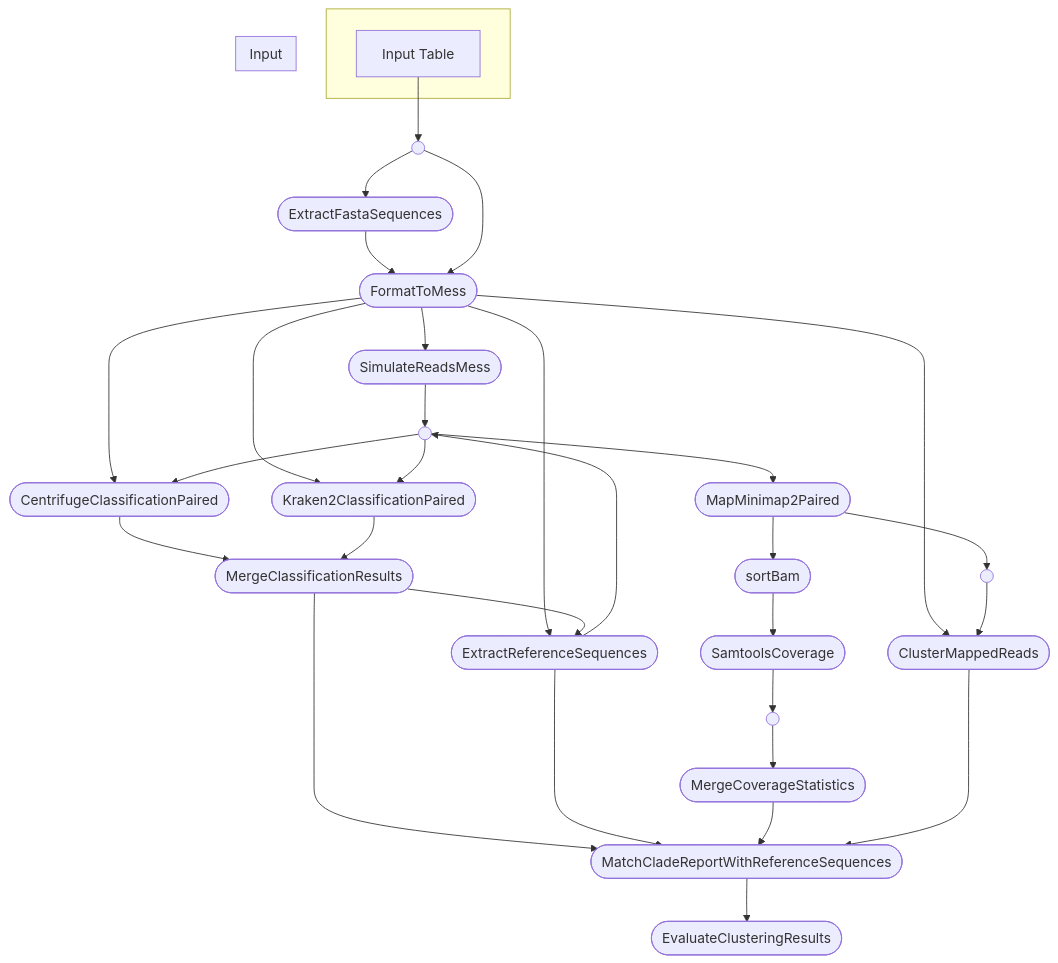
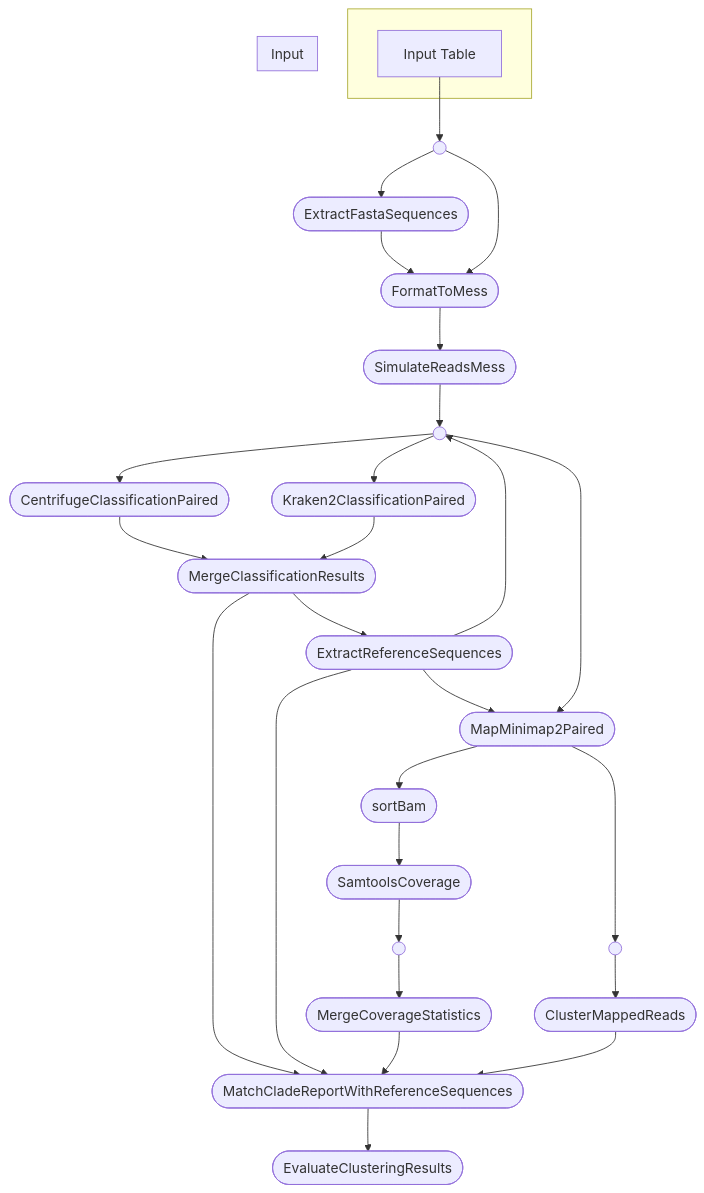
The diagram in README.md (SantosJGND/metagenomics_cluster_evaluation), drawn with Mermaid before and after one commit.

Commit message:
simplify dag

````diff
--- a/README.md
+++ b/README.md
@@ -51,55 +51,52 @@
 ```mermaid
 
 flowchart TB
     subgraph " "
     v0["Input Table"]
     end
     v2([ExtractFastaSequences])
     v3([FormatToMess])
     v5([SimulateReadsMess])
     v7([CentrifugeClassificationPaired])
     v8([Kraken2ClassificationPaired])
     v9([MergeClassificationResults])
     v10([ExtractReferenceSequences])
     v14([MapMinimap2Paired])
     v15([sortBam])
     v16([SamtoolsCoverage])
     v21([MergeCoverageStatistics])
     v22([ClusterMappedReads])
     subgraph "Input"
     end
     v24([MatchCladeReportWithReferenceSequences])
     v25([EvaluateClusteringResults])
     v1(( ))
     v6(( ))
     v17(( ))
     v19(( ))
     v0 --> v1
     v1 --> v2
     v2 --> v3
     v1 --> v3
     v3 --> v5
-    v3 --> v7
-    v3 --> v8
-    v3 --> v10
-    v3 --> v22
     v5 --> v6
     v6 --> v7
     v7 --> v9
     v6 --> v8
     v8 --> v9
     v9 --> v10
     v9 --> v24
     v10 --> v24
     v10 --> v6
+    v10 --> v14
     v6 --> v14
     v14 --> v15
     v14 --> v19
     v15 --> v16
     v16 --> v17
     v17 --> v21
     v21 --> v24
     v19 --> v22
     v22 --> v24
     v24 --> v25
 ```
````
